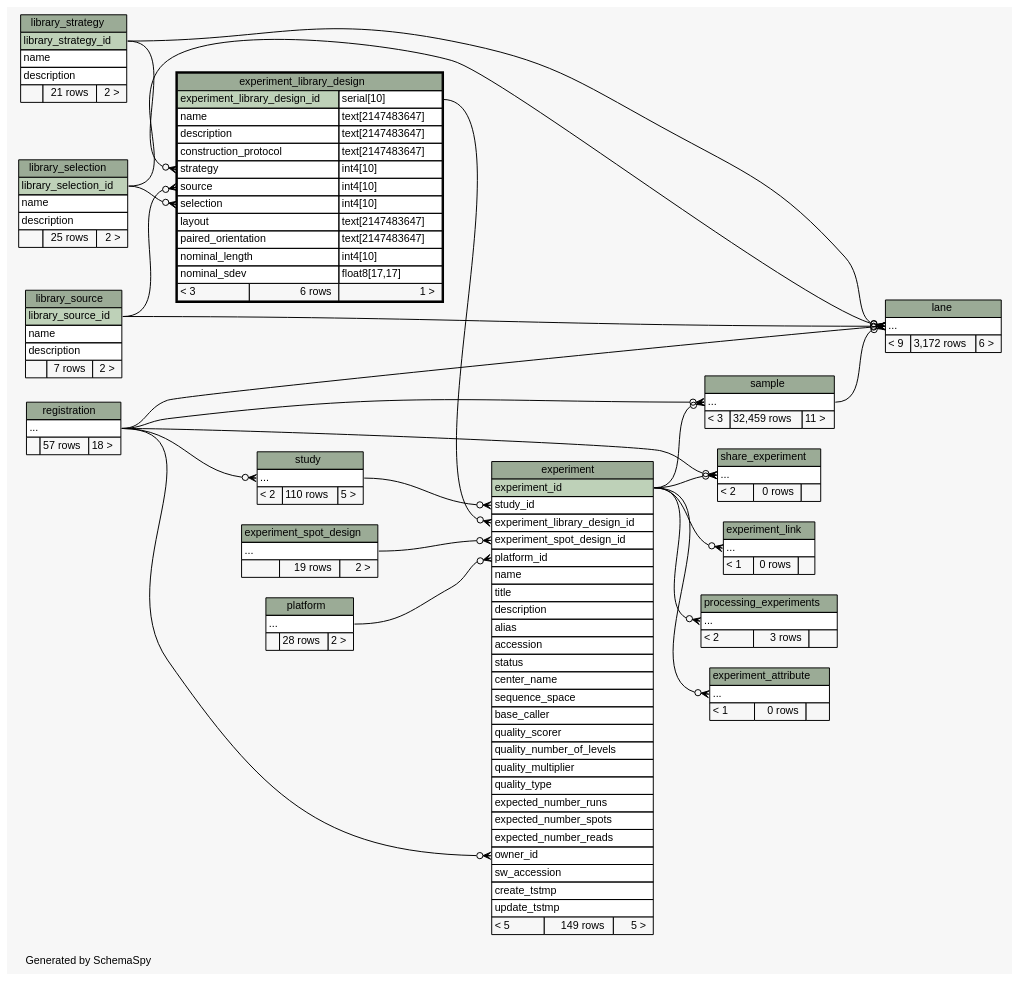
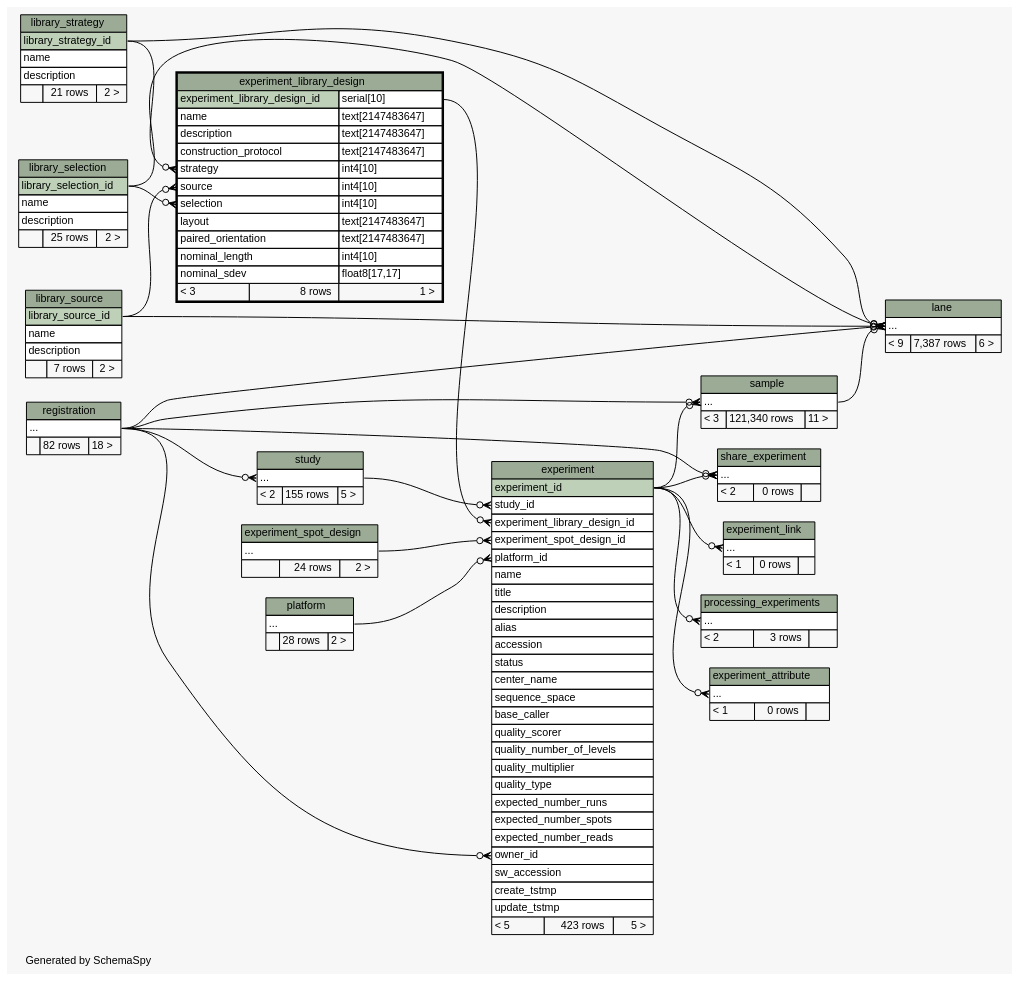
The diagram in metadb-schema/diagrams/experiment_library_design.2degrees.dot (SeqWare/seqware.github.com), drawn with Graphviz before and after one commit. The commit also changed 365 other files, not shown here.

Commit message:
Refresh dbschema docs

```diff
--- a/metadb-schema/diagrams/experiment_library_design.2degrees.dot
+++ b/metadb-schema/diagrams/experiment_library_design.2degrees.dot
@@ -1,4 +1,4 @@
-// dot 2.32.0 on Mac OS X 10.8.3
+// dot 2.26.3 on Linux 3.5.0-47-generic
 // SchemaSpy rev 590
 digraph "twoDegreesRelationshipsDiagram" {
   graph [
@@ -69,7 +69,7 @@
       <TR><TD PORT="sw_accession" COLSPAN="3" ALIGN="LEFT">sw_accession</TD></TR>
       <TR><TD PORT="create_tstmp" COLSPAN="3" ALIGN="LEFT">create_tstmp</TD></TR>
       <TR><TD PORT="update_tstmp" COLSPAN="3" ALIGN="LEFT">update_tstmp</TD></TR>
-      <TR><TD ALIGN="LEFT" BGCOLOR="#f7f7f7">&lt; 5</TD><TD ALIGN="RIGHT" BGCOLOR="#f7f7f7">149 rows</TD><TD ALIGN="RIGHT" BGCOLOR="#f7f7f7">5 &gt;</TD></TR>
+      <TR><TD ALIGN="LEFT" BGCOLOR="#f7f7f7">&lt; 5</TD><TD ALIGN="RIGHT" BGCOLOR="#f7f7f7">423 rows</TD><TD ALIGN="RIGHT" BGCOLOR="#f7f7f7">5 &gt;</TD></TR>
     </TABLE>>
     URL="experiment.html"
     tooltip="experiment"
@@ -99,7 +99,7 @@
       <TR><TD PORT="paired_orientation" COLSPAN="2" ALIGN="LEFT">paired_orientation</TD><TD PORT="paired_orientation.type" ALIGN="LEFT">text[2147483647]</TD></TR>
       <TR><TD PORT="nominal_length" COLSPAN="2" ALIGN="LEFT">nominal_length</TD><TD PORT="nominal_length.type" ALIGN="LEFT">int4[10]</TD></TR>
       <TR><TD PORT="nominal_sdev" COLSPAN="2" ALIGN="LEFT">nominal_sdev</TD><TD PORT="nominal_sdev.type" ALIGN="LEFT">float8[17,17]</TD></TR>
-      <TR><TD ALIGN="LEFT" BGCOLOR="#f7f7f7">&lt; 3</TD><TD ALIGN="RIGHT" BGCOLOR="#f7f7f7">6 rows</TD><TD ALIGN="RIGHT" BGCOLOR="#f7f7f7">1 &gt;</TD></TR>
+      <TR><TD ALIGN="LEFT" BGCOLOR="#f7f7f7">&lt; 3</TD><TD ALIGN="RIGHT" BGCOLOR="#f7f7f7">8 rows</TD><TD ALIGN="RIGHT" BGCOLOR="#f7f7f7">1 &gt;</TD></TR>
     </TABLE>>
     URL="experiment_library_design.html"
     tooltip="experiment_library_design"
@@ -119,7 +119,7 @@
     <TABLE BORDER="0" CELLBORDER="1" CELLSPACING="0" BGCOLOR="#ffffff">
       <TR><TD COLSPAN="3" BGCOLOR="#9bab96" ALIGN="CENTER">experiment_spot_design</TD></TR>
       <TR><TD PORT="elipses" COLSPAN="3" ALIGN="LEFT">...</TD></TR>
-      <TR><TD ALIGN="LEFT" BGCOLOR="#f7f7f7">  </TD><TD ALIGN="RIGHT" BGCOLOR="#f7f7f7">19 rows</TD><TD ALIGN="RIGHT" BGCOLOR="#f7f7f7">2 &gt;</TD></TR>
+      <TR><TD ALIGN="LEFT" BGCOLOR="#f7f7f7">  </TD><TD ALIGN="RIGHT" BGCOLOR="#f7f7f7">24 rows</TD><TD ALIGN="RIGHT" BGCOLOR="#f7f7f7">2 &gt;</TD></TR>
     </TABLE>>
     URL="experiment_spot_design.html"
     tooltip="experiment_spot_design"
@@ -129,7 +129,7 @@
     <TABLE BORDER="0" CELLBORDER="1" CELLSPACING="0" BGCOLOR="#ffffff">
       <TR><TD COLSPAN="3" BGCOLOR="#9bab96" ALIGN="CENTER">lane</TD></TR>
       <TR><TD PORT="elipses" COLSPAN="3" ALIGN="LEFT">...</TD></TR>
-      <TR><TD ALIGN="LEFT" BGCOLOR="#f7f7f7">&lt; 9</TD><TD ALIGN="RIGHT" BGCOLOR="#f7f7f7">3,172 rows</TD><TD ALIGN="RIGHT" BGCOLOR="#f7f7f7">6 &gt;</TD></TR>
+      <TR><TD ALIGN="LEFT" BGCOLOR="#f7f7f7">&lt; 9</TD><TD ALIGN="RIGHT" BGCOLOR="#f7f7f7">7,387 rows</TD><TD ALIGN="RIGHT" BGCOLOR="#f7f7f7">6 &gt;</TD></TR>
     </TABLE>>
     URL="lane.html"
     tooltip="lane"
@@ -195,7 +195,7 @@
     <TABLE BORDER="0" CELLBORDER="1" CELLSPACING="0" BGCOLOR="#ffffff">
       <TR><TD COLSPAN="3" BGCOLOR="#9bab96" ALIGN="CENTER">registration</TD></TR>
       <TR><TD PORT="elipses" COLSPAN="3" ALIGN="LEFT">...</TD></TR>
-      <TR><TD ALIGN="LEFT" BGCOLOR="#f7f7f7">  </TD><TD ALIGN="RIGHT" BGCOLOR="#f7f7f7">57 rows</TD><TD ALIGN="RIGHT" BGCOLOR="#f7f7f7">18 &gt;</TD></TR>
+      <TR><TD ALIGN="LEFT" BGCOLOR="#f7f7f7">  </TD><TD ALIGN="RIGHT" BGCOLOR="#f7f7f7">82 rows</TD><TD ALIGN="RIGHT" BGCOLOR="#f7f7f7">18 &gt;</TD></TR>
     </TABLE>>
     URL="registration.html"
     tooltip="registration"
@@ -205,7 +205,7 @@
     <TABLE BORDER="0" CELLBORDER="1" CELLSPACING="0" BGCOLOR="#ffffff">
       <TR><TD COLSPAN="3" BGCOLOR="#9bab96" ALIGN="CENTER">sample</TD></TR>
       <TR><TD PORT="elipses" COLSPAN="3" ALIGN="LEFT">...</TD></TR>
-      <TR><TD ALIGN="LEFT" BGCOLOR="#f7f7f7">&lt; 3</TD><TD ALIGN="RIGHT" BGCOLOR="#f7f7f7">32,459 rows</TD><TD ALIGN="RIGHT" BGCOLOR="#f7f7f7">11 &gt;</TD></TR>
+      <TR><TD ALIGN="LEFT" BGCOLOR="#f7f7f7">&lt; 3</TD><TD ALIGN="RIGHT" BGCOLOR="#f7f7f7">121,340 rows</TD><TD ALIGN="RIGHT" BGCOLOR="#f7f7f7">11 &gt;</TD></TR>
     </TABLE>>
     URL="sample.html"
     tooltip="sample"
@@ -225,7 +225,7 @@
     <TABLE BORDER="0" CELLBORDER="1" CELLSPACING="0" BGCOLOR="#ffffff">
       <TR><TD COLSPAN="3" BGCOLOR="#9bab96" ALIGN="CENTER">study</TD></TR>
       <TR><TD PORT="elipses" COLSPAN="3" ALIGN="LEFT">...</TD></TR>
-      <TR><TD ALIGN="LEFT" BGCOLOR="#f7f7f7">&lt; 2</TD><TD ALIGN="RIGHT" BGCOLOR="#f7f7f7">110 rows</TD><TD ALIGN="RIGHT" BGCOLOR="#f7f7f7">5 &gt;</TD></TR>
+      <TR><TD ALIGN="LEFT" BGCOLOR="#f7f7f7">&lt; 2</TD><TD ALIGN="RIGHT" BGCOLOR="#f7f7f7">155 rows</TD><TD ALIGN="RIGHT" BGCOLOR="#f7f7f7">5 &gt;</TD></TR>
     </TABLE>>
     URL="study.html"
     tooltip="study"
```
